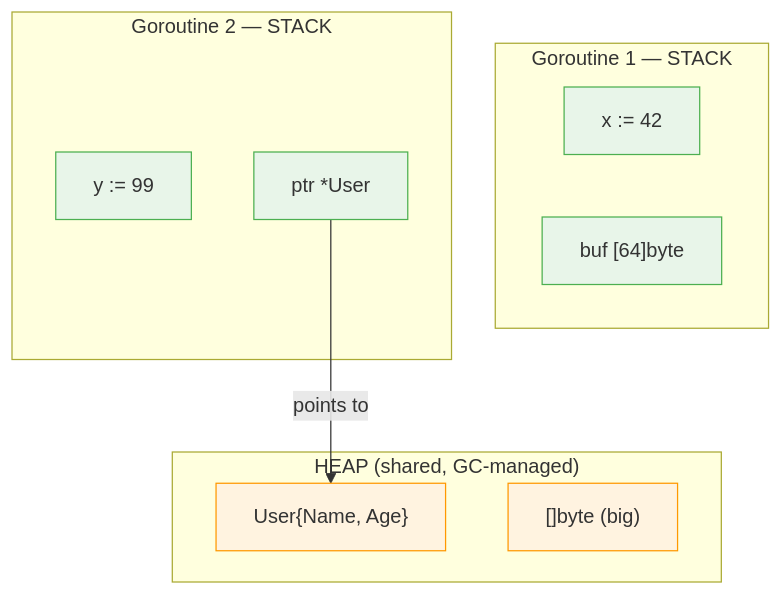
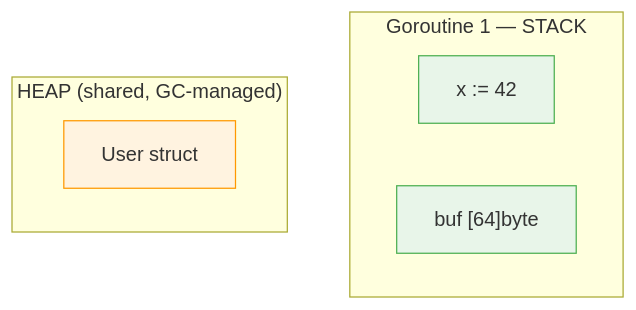
Before and after one commit to rahulsharma001/go-internals: the diagram in Go Memory Allocation & Value Semantics.md, drawn with Mermaid. The commit also changed other lines of this file and 3 other files, not shown here.

````diff
--- a/Go Memory Allocation & Value Semantics.md
+++ b/Go Memory Allocation & Value Semantics.md
@@ -34,23 +43,14 @@
 ```mermaid
 graph TD
     subgraph G1["Goroutine 1 — STACK"]
         A["x := 42"]
         B["buf [64]byte"]
     end
-    subgraph G2["Goroutine 2 — STACK"]
-        C["y := 99"]
-        D["ptr *User"]
+    subgraph HEAP["HEAP (shared, GC-managed)"]
+        E["User struct"]
     end
-    subgraph HEAP["HEAP (shared, GC-managed)"]
-        E["User{Name, Age}"]
-        F["[]byte (big)"]
-    end
-    D -->|"points to"| E
 
     style A fill:#e8f5e9,stroke:#4caf50
     style B fill:#e8f5e9,stroke:#4caf50
-    style C fill:#e8f5e9,stroke:#4caf50
-    style D fill:#e8f5e9,stroke:#4caf50
     style E fill:#fff3e0,stroke:#ff9800
-    style F fill:#fff3e0,stroke:#ff9800
 ```
````
